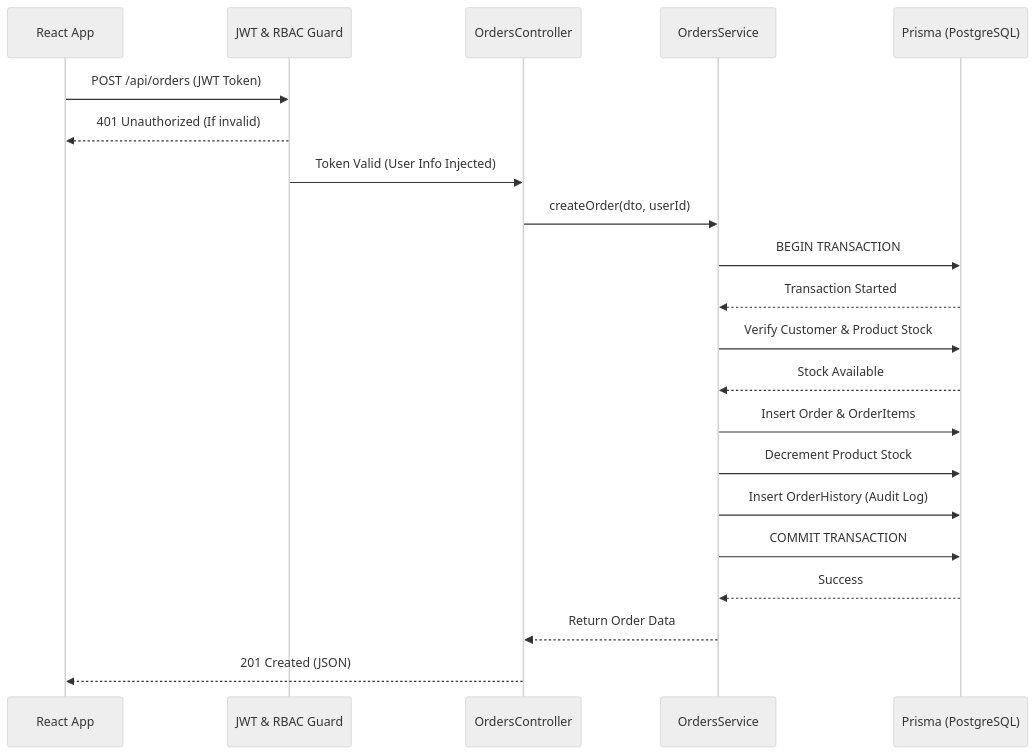
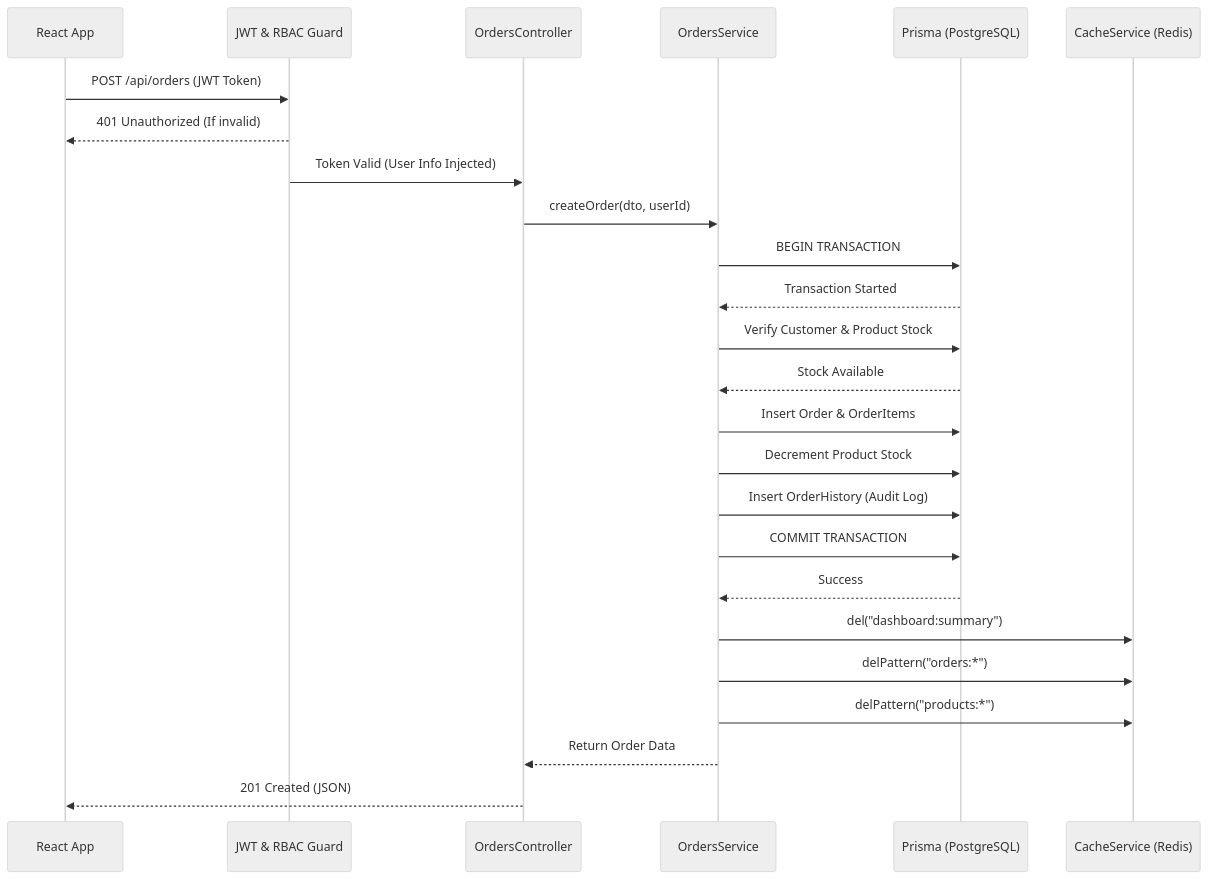
The fourth of 4 diagrams in README.md (DatPHP/crm-system-2026), drawn with Mermaid (neutral theme) before and after one commit. The commit also changed other lines of this file, not shown here.

````diff
--- a/README.md
+++ b/README.md
@@ -233,29 +307,34 @@
 ```mermaid
 sequenceDiagram
     participant Client as React App
     participant Guard as JWT & RBAC Guard
     participant Controller as OrdersController
     participant Service as OrdersService
     participant DB as Prisma (PostgreSQL)
+    participant Cache as CacheService (Redis)
 
     Client->>Guard: POST /api/orders (JWT Token)
     Guard-->>Client: 401 Unauthorized (If invalid)
     Guard->>Controller: Token Valid (User Info Injected)
     Controller->>Service: createOrder(dto, userId)
 
     Service->>DB: BEGIN TRANSACTION
     DB-->>Service: Transaction Started
 
     Service->>DB: Verify Customer & Product Stock
     DB-->>Service: Stock Available
 
     Service->>DB: Insert Order & OrderItems
     Service->>DB: Decrement Product Stock
     Service->>DB: Insert OrderHistory (Audit Log)
 
     Service->>DB: COMMIT TRANSACTION
     DB-->>Service: Success
 
+    Service->>Cache: del("dashboard:summary")
+    Service->>Cache: delPattern("orders:*")
+    Service->>Cache: delPattern("products:*")
+
     Service-->>Controller: Return Order Data
     Controller-->>Client: 201 Created (JSON)
 ```
````
